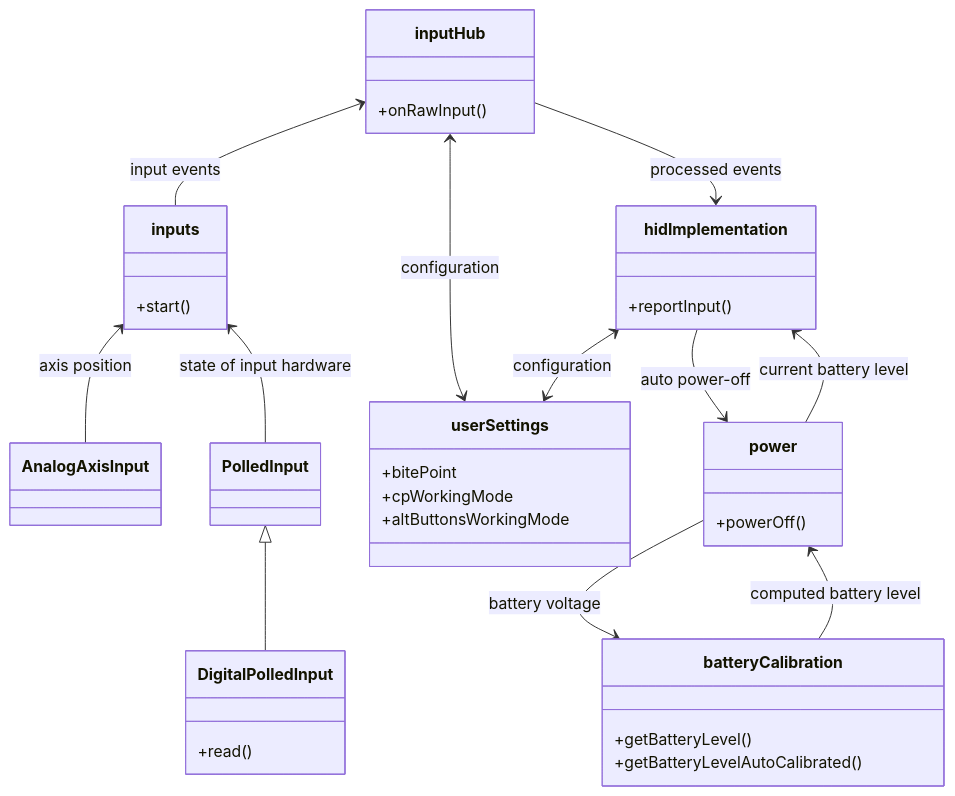
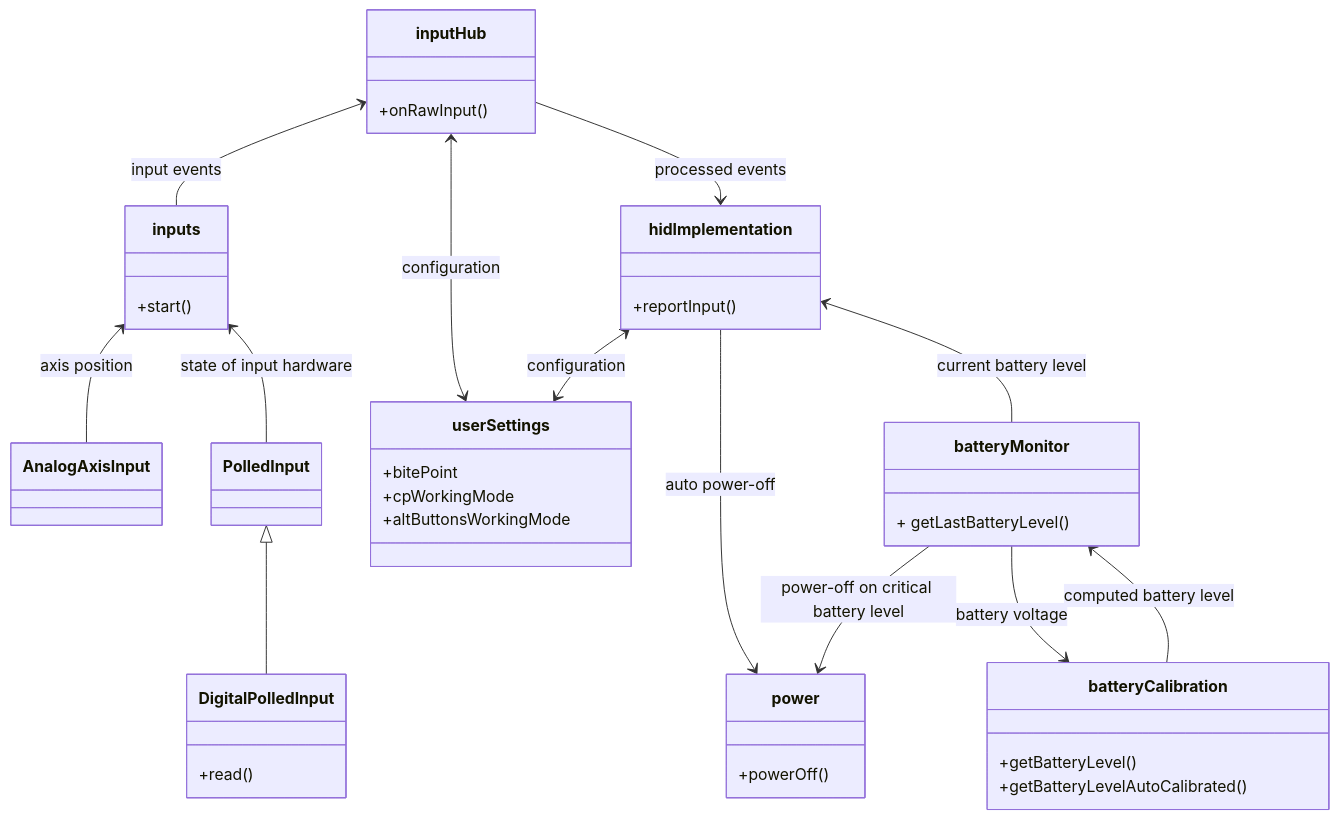
One commit to afpineda/OpenSourceSimWheelESP32 changed the first of 4 diagrams in doc/firmware/FirmwareArchitecture_en.md. Above: the diagram before and after it, drawn with Mermaid. The commit also changed other lines of this file, not shown here.

````diff
--- a/doc/firmware/FirmwareArchitecture_en.md
+++ b/doc/firmware/FirmwareArchitecture_en.md
@@ -62,38 +65,43 @@
 ```mermaid
 classDiagram
     class inputs {
       +start()
     }
+    class AnalogAxisInput
     class inputHub {
       +onRawInput()
-    }
-    class userSettings {
-      +bitePoint
-      +cpWorkingMode
-      +altButtonsWorkingMode
     }
     class hidImplementation {
       +reportInput()
     }
     class power {
       +powerOff()
     }
     class batteryCalibration {
       +getBatteryLevel()
       +getBatteryLevelAutoCalibrated()
     }
     class DigitalPolledInput {
       +read()
     }
+    class batteryMonitor {
+        + getLastBatteryLevel()
+    }
+    class userSettings {
+      +bitePoint
+      +cpWorkingMode
+      +altButtonsWorkingMode
+    }
     inputHub <-- inputs: input events
+    inputs <-- PolledInput: state of input hardware
     inputs <-- AnalogAxisInput: axis position
-    inputs <-- PolledInput: state of input hardware
     PolledInput <|-- DigitalPolledInput
+    inputHub --> hidImplementation: processed events
     inputHub <--> userSettings: configuration
-    inputHub --> hidImplementation: processed events
     hidImplementation <--> userSettings: configuration
     hidImplementation --> power: auto power-off
-    hidImplementation <-- power: current battery level
-    power --> batteryCalibration: battery voltage
-    power <-- batteryCalibration: computed battery level
+    hidImplementation <-- batteryMonitor: current battery level
+    batteryMonitor --> batteryCalibration: battery voltage
+    batteryMonitor <-- batteryCalibration: computed battery level
+    batteryMonitor --> power: power-off on critical battery level
 ```
````
